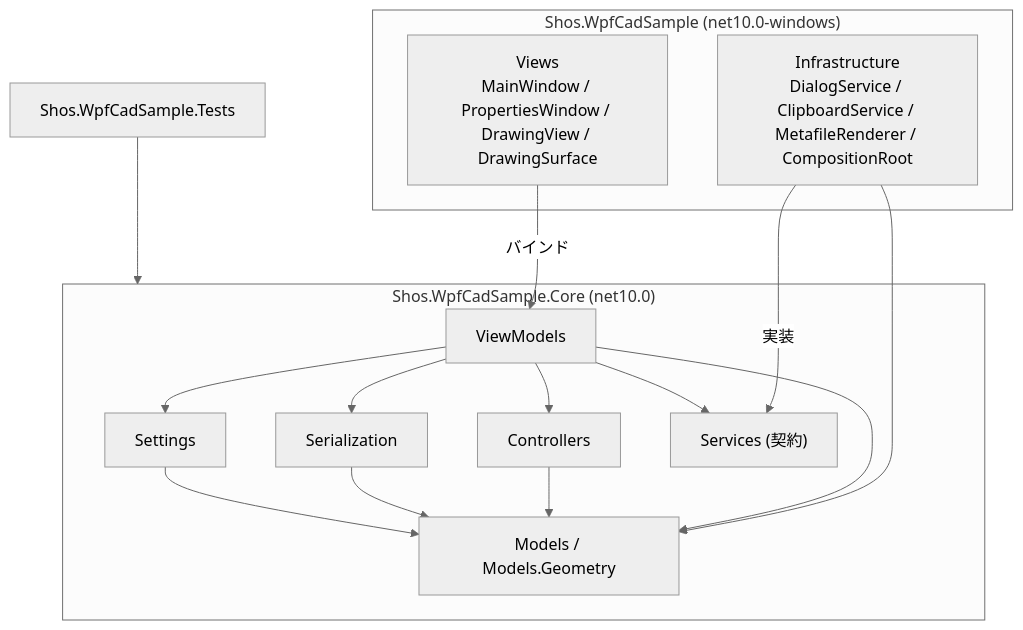
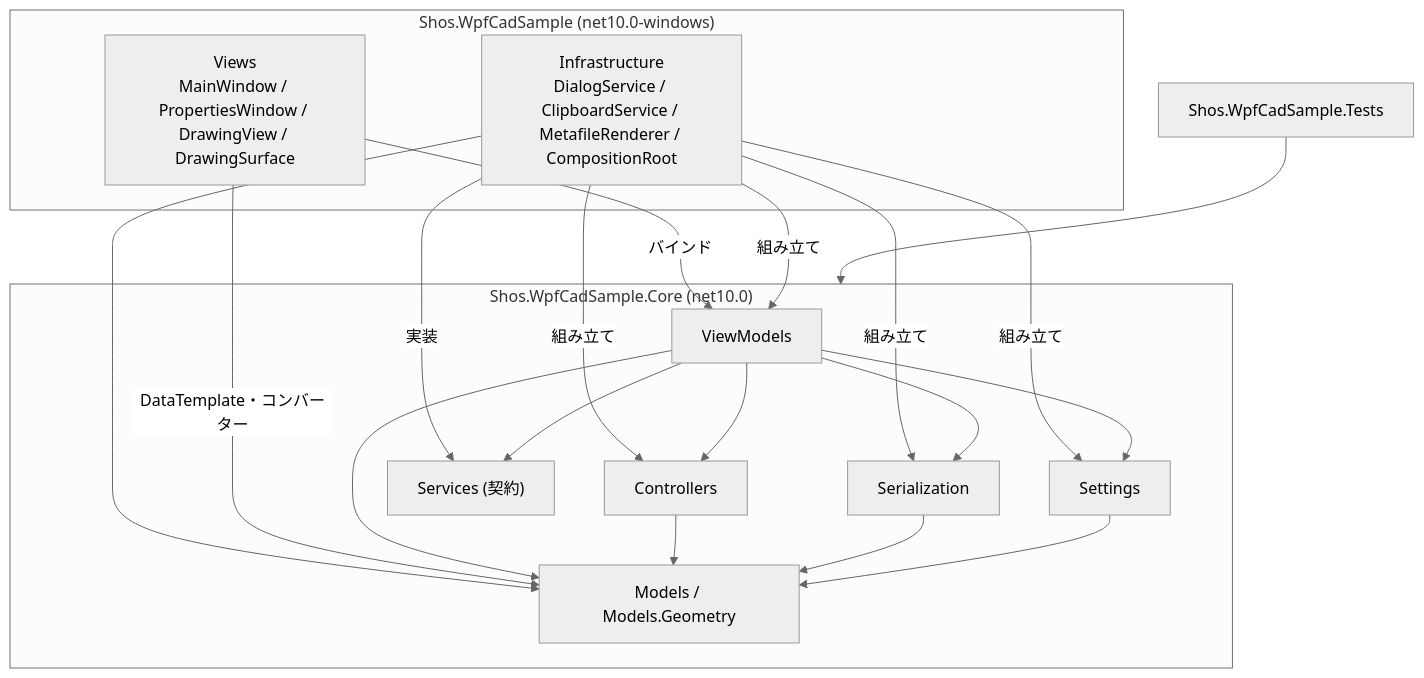
Before and after one commit to Fujiwo/Shos.WpfCadSample: the first of 11 diagrams in Documents/20261105-cad-architecture.md, drawn with Mermaid (neutral theme). The commit also changed other lines of this file and 6 other files, not shown here.

````diff
--- a/Documents/20261105-cad-architecture.md
+++ b/Documents/20261105-cad-architecture.md
@@ -82,28 +82,33 @@
 ```mermaid
 flowchart TB
     subgraph WpfProject["Shos.WpfCadSample (net10.0-windows)"]
         Views["Views<br/>MainWindow / PropertiesWindow / DrawingView / DrawingSurface"]
         Infra["Infrastructure<br/>DialogService / ClipboardService / MetafileRenderer / CompositionRoot"]
     end
     subgraph CoreProject["Shos.WpfCadSample.Core (net10.0)"]
         ViewModels["ViewModels"]
         Controllers["Controllers"]
         Models["Models / Models.Geometry"]
         Serialization["Serialization"]
         Settings["Settings"]
         Services["Services (契約)"]
     end
     Tests["Shos.WpfCadSample.Tests"]
     Views -->|"バインド"| ViewModels
     Infra -->|"実装"| Services
     Infra --> Models
+    Infra -->|"組み立て"| ViewModels
+    Infra -->|"組み立て"| Controllers
+    Infra -->|"組み立て"| Serialization
+    Infra -->|"組み立て"| Settings
+    Views -->|"DataTemplate・コンバーター"| Models
     ViewModels --> Controllers
     ViewModels --> Models
     ViewModels --> Serialization
     ViewModels --> Settings
     ViewModels --> Services
     Controllers --> Models
     Serialization --> Models
     Settings --> Models
     Tests --> CoreProject
 ```
````
